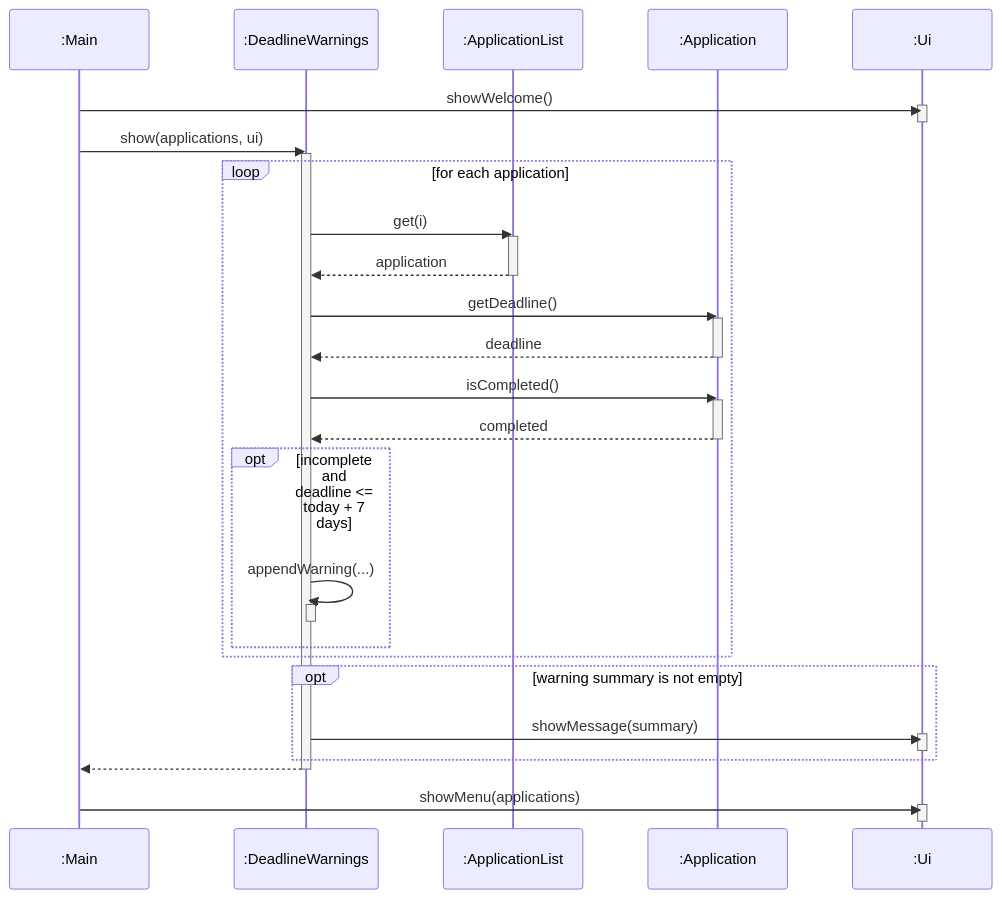
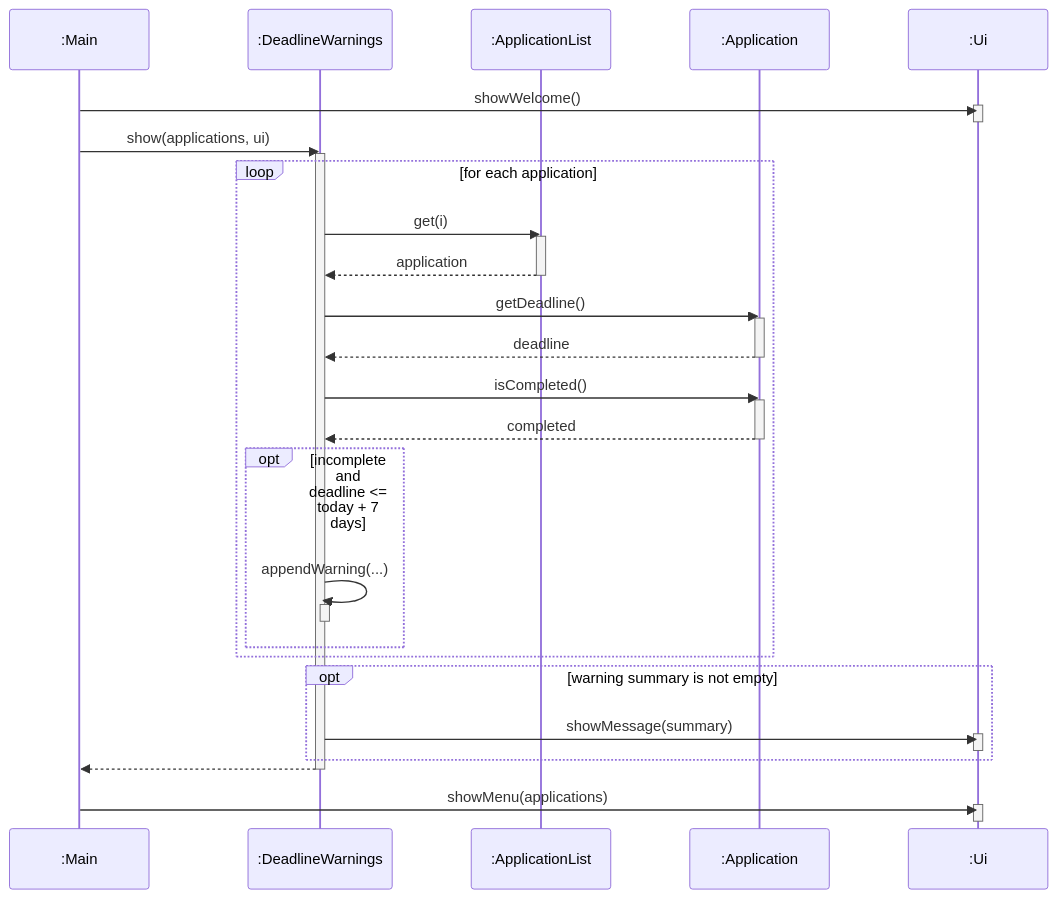
One commit to AY2627S1-CS2113-T10-2/tp changed the diagram in docs/diagrams/sources/deadline-warnings-sequence.mmd. Above: the diagram before and after it, drawn with Mermaid. The commit also changed 19 other files, not shown here.

First line of the commit message:
docs: align sequence frame conditions to top-left and fix activation bar connections

```diff
--- a/docs/diagrams/sources/deadline-warnings-sequence.mmd
+++ b/docs/diagrams/sources/deadline-warnings-sequence.mmd
@@ -1,50 +1,47 @@
 %%{init: {'theme': 'default', 'sequence': {'actorMargin': 85, 'messageMargin': 45}}}%%
-%%{init: {'theme': 'default', 'sequence': {'actorMargin': 80, 'messageMargin': 45}}}%%
-%%{init: {'theme': 'default', 'sequence': {'actorMargin': 80, 'messageMargin': 45}}}%%
-%%{init: {'theme': 'default', 'sequence': {'actorMargin': 70, 'messageMargin': 45}}}%%
 sequenceDiagram
     participant main as :Main
     participant warnings as :DeadlineWarnings
     participant list as :ApplicationList
     participant app as :Application
     participant ui as :Ui
 
     main->>ui: showWelcome()
     activate ui
     deactivate ui
 
     main->>warnings: show(applications, ui)
     activate warnings
 
     loop for each application
         warnings->>list: get(i)
         activate list
         list-->>warnings: application
         deactivate list
         warnings->>app: getDeadline()
         activate app
         app-->>warnings: deadline
         deactivate app
         warnings->>app: isCompleted()
         activate app
         app-->>warnings: completed
         deactivate app
 
         opt incomplete and deadline <= today + 7 days
             warnings->>warnings: appendWarning(...)
             activate warnings
             deactivate warnings
         end
     end
 
     opt warning summary is not empty
         warnings->>ui: showMessage(summary)
         activate ui
         deactivate ui
     end
 
     warnings-->>main: 
     deactivate warnings
     main->>ui: showMenu(applications)
     activate ui
     deactivate ui
```
